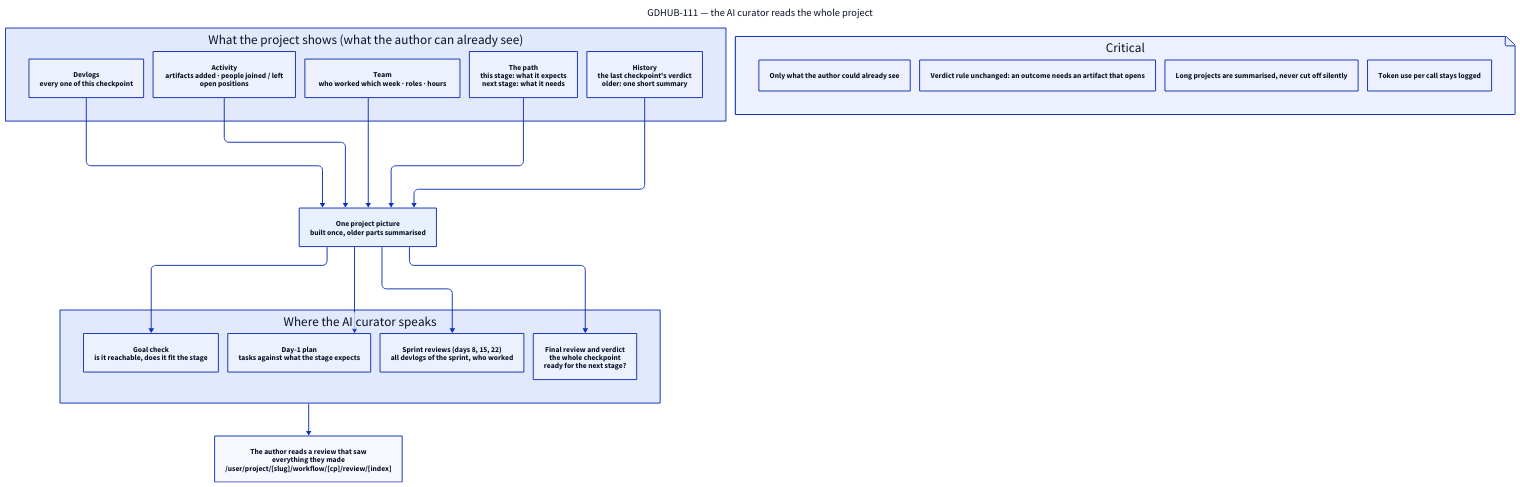
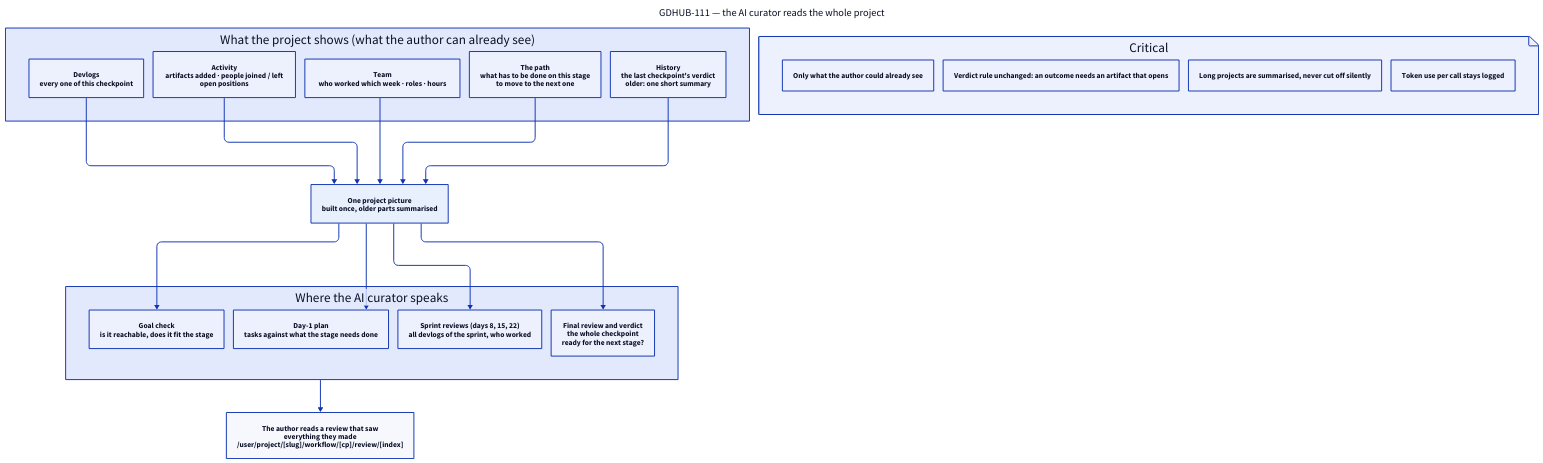
One commit to gdhub-io/gdhub changed the diagram in docs/checkpoints-curator-context-flow.d2. Above: the diagram before and after it, drawn with D2. The commit also changed 1 other file, not shown here.

Commit message:
docs(checkpoints): GDHUB-111 the path is what the stage needs done to move on

```diff
--- a/docs/checkpoints-curator-context-flow.d2
+++ b/docs/checkpoints-curator-context-flow.d2
@@ -1,54 +1,54 @@
 vars: {
   d2-config: {
     layout-engine: elk
   }
 }
 
 direction: down
 
 title: "GDHUB-111 — the AI curator reads the whole project" {
   shape: text
   near: top-center
   style.font-size: 22
 }
 
 project: "What the project shows (what the author can already see)" {
   devlogs: "Devlogs\nevery one of this checkpoint"
   activity: "Activity\nartifacts added · people joined / left\nopen positions"
   team: "Team\nwho worked which week · roles · hours"
-  path: "The path\nthis stage: what it expects\nnext stage: what it needs"
+  path: "The path\nwhat has to be done on this stage\nto move to the next one"
   history: "History\nthe last checkpoint's verdict\nolder: one short summary"
 }
 
 picture: "One project picture\nbuilt once, older parts summarised" {
   style.fill: "#E8F0FE"
 }
 
 project.devlogs -> picture
 project.activity -> picture
 project.team -> picture
 project.path -> picture
 project.history -> picture
 
 moments: "Where the AI curator speaks" {
   goal: "Goal check\nis it reachable, does it fit the stage"
-  plan: "Day-1 plan\ntasks against what the stage expects"
+  plan: "Day-1 plan\ntasks against what the stage needs done"
   sprints: "Sprint reviews (days 8, 15, 22)\nall devlogs of the sprint, who worked"
   final: "Final review and verdict\nthe whole checkpoint\nready for the next stage?"
 }
 
 picture -> moments.goal
 picture -> moments.plan
 picture -> moments.sprints
 picture -> moments.final
 
 author: "The author reads a review that saw\neverything they made\n/user/project/[slug]/workflow/[cp]/review/[index]"
 moments -> author
 
 critical: "Critical" {
   shape: page
   a: "Only what the author could already see"
   b: "Verdict rule unchanged: an outcome needs an artifact that opens"
   c: "Long projects are summarised, never cut off silently"
   d: "Token use per call stays logged"
 }
```
